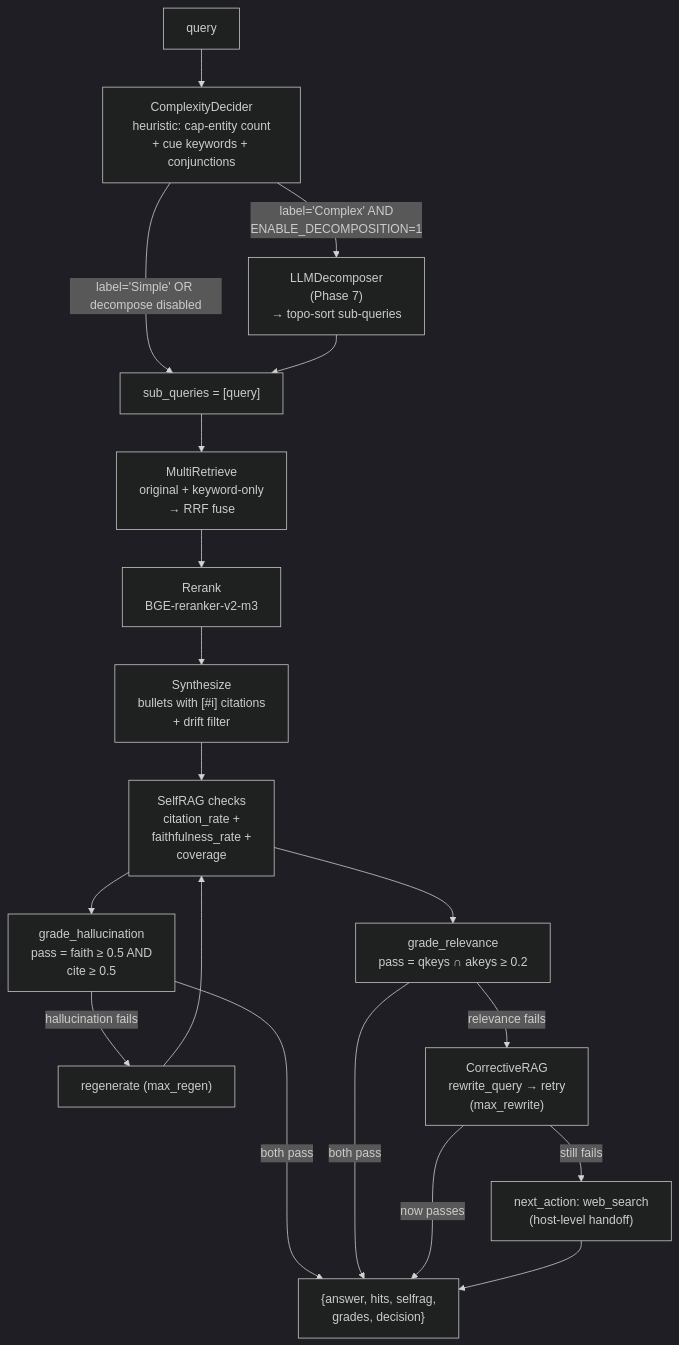
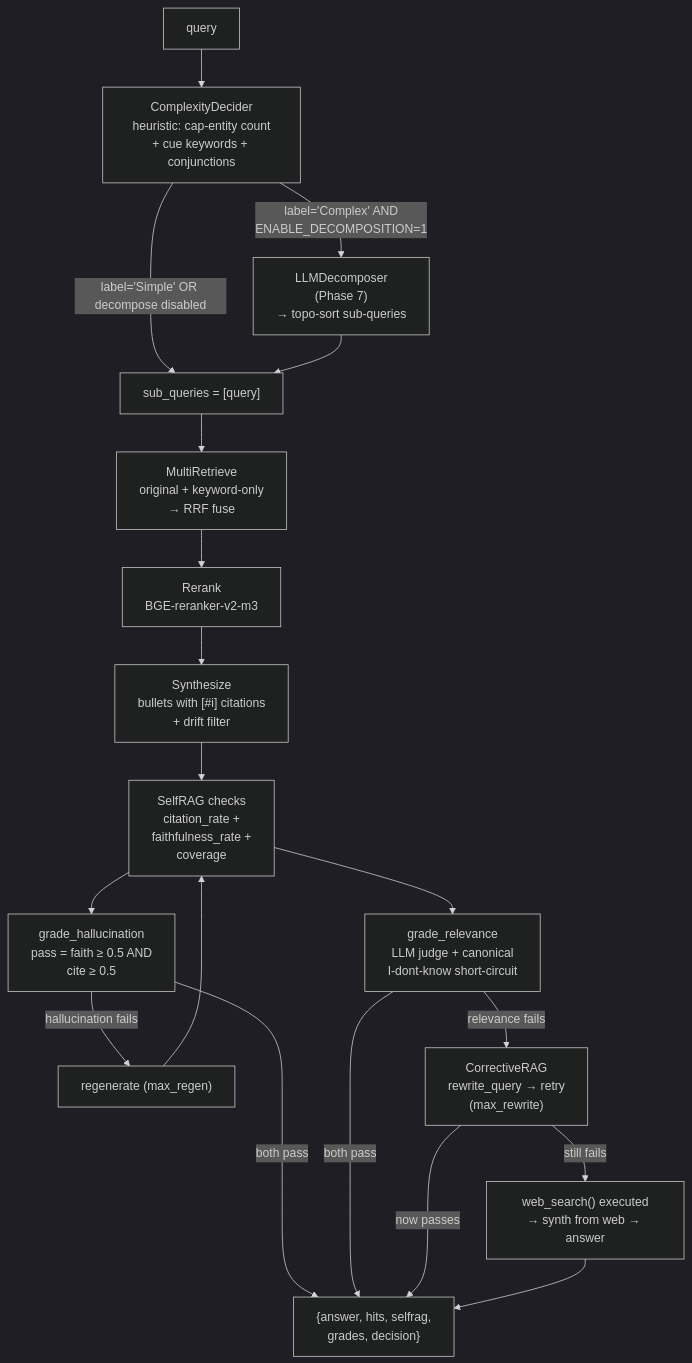
Before and after one commit to shaneliuyx/agent-development-curriculum: the tenth of 12 diagrams in Week 3.7 - Agentic RAG.md, drawn with Mermaid (dark theme). The commit also changed other lines of this file, not shown here.

Commit message:
docs(W3.7): audit sync - baseline_handrolled web fallback now EXECUTES (code+diagrams+walkthrough); grade_relevance LLM/canonical

````diff
--- a/Week 3.7 - Agentic RAG.md
+++ b/Week 3.7 - Agentic RAG.md
@@ -1318,21 +1331,21 @@
 ```mermaid
 flowchart TD
   Q["query"] --> DC["ComplexityDecider<br/>heuristic: cap-entity count<br/>+ cue keywords + conjunctions"]
   DC -->|"label='Complex' AND<br/>ENABLE_DECOMPOSITION=1"| DEC["LLMDecomposer<br/>(Phase 7)<br/>→ topo-sort sub-queries"]
   DC -->|"label='Simple' OR decompose disabled"| SQ["sub_queries = [query]"]
   DEC --> SQ
   SQ --> MR["MultiRetrieve<br/>original + keyword-only<br/>→ RRF fuse"]
   MR --> RR["Rerank<br/>BGE-reranker-v2-m3"]
   RR --> SY["Synthesize<br/>bullets with [#i] citations<br/>+ drift filter"]
   SY --> SR["SelfRAG checks<br/>citation_rate +<br/>faithfulness_rate +<br/>coverage"]
   SR --> GH["grade_hallucination<br/>pass = faith ≥ 0.5 AND<br/>cite ≥ 0.5"]
-  SR --> GR["grade_relevance<br/>pass = qkeys ∩ akeys ≥ 0.2"]
+  SR --> GR["grade_relevance<br/>LLM judge + canonical<br/>I-dont-know short-circuit"]
   GH -->|"both pass"| OUT["{answer, hits, selfrag,<br/>grades, decision}"]
   GR -->|"both pass"| OUT
   GH -->|"hallucination fails"| REGEN["regenerate (max_regen)"]
   GR -->|"relevance fails"| CRAG["CorrectiveRAG<br/>rewrite_query → retry<br/>(max_rewrite)"]
   REGEN --> SR
-  CRAG -->|"still fails"| FALLBACK["next_action: web_search<br/>(host-level handoff)"]
+  CRAG -->|"still fails"| FALLBACK["web_search() executed<br/>→ synth from web → answer"]
   CRAG -->|"now passes"| OUT
   FALLBACK --> OUT
 ```
````
